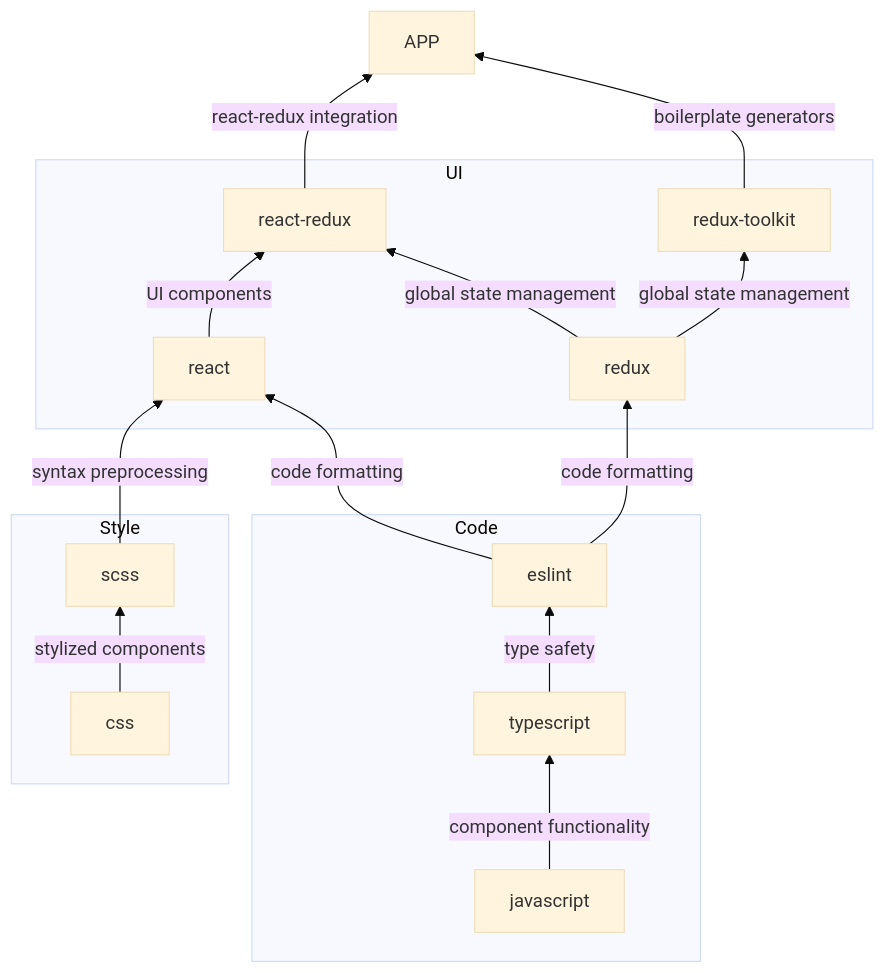
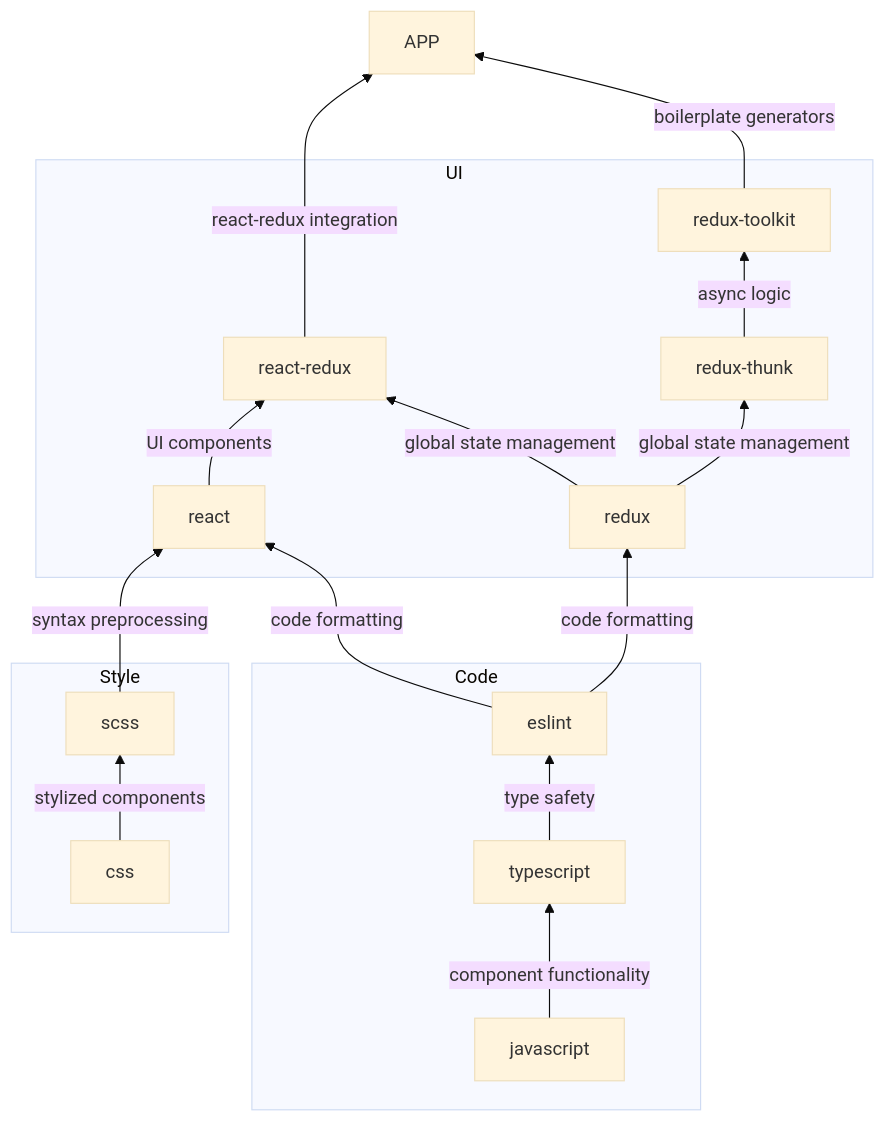
The diagram in docs/frontend/TECH-STACK.md (ocadotechnology/codeforlife-template-backend), drawn with Mermaid (base theme) before and after one commit. The commit also changed other lines of this file, not shown here.

````diff
--- a/docs/frontend/TECH-STACK.md
+++ b/docs/frontend/TECH-STACK.md
@@ -5,17 +5,18 @@
 ```mermaid
 graph BT;
     subgraph Style;
         css -->|stylized components| scss;
     end;
     scss -->|syntax preprocessing| react
     subgraph Code;
         javascript -->|component functionality| typescript -->|type safety| eslint;
     end;
     eslint -->|code formatting| react & redux;
     subgraph UI;
         react -->|UI components| react-redux;
-        redux -->|global state management| react-redux & redux-toolkit;
+        redux -->|global state management| react-redux & redux-thunk;
+        redux-thunk -->|async logic| redux-toolkit;
     end;
     react-redux -->|react-redux integration| APP;
     redux-toolkit -->|boilerplate generators| APP;
 ```
````
